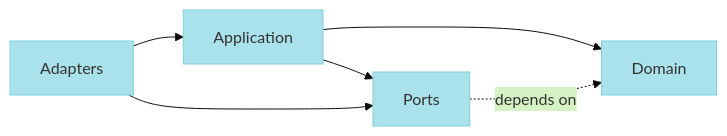
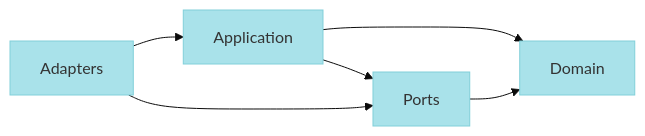
One commit to stricture-dev/stricture changed the second of 2 diagrams in packages/hexagonal/README.md. Above: the diagram before and after it, drawn with Mermaid.

Commit message:
Remove depends_on label

````diff
--- a/packages/hexagonal/README.md
+++ b/packages/hexagonal/README.md
@@ -377,9 +377,9 @@
 ```mermaid
 %%{init: {'theme':'base', 'themeVariables': { 'primaryColor':'hsl(187, 61%, 79%)','primaryBorderColor':'hsl(187, 54%, 68%)','secondaryColor':'hsl(100, 64%, 86%)','secondaryBorderColor':'hsl(100, 41%, 76%)','tertiaryColor':'hsl(182, 29%, 96%)','tertiaryBorderColor':'hsl(187, 54%, 68%)'}}}%%
 graph LR
     Adapters --> Application
     Application --> Domain
     Adapters --> Ports
     Application --> Ports
-    Ports -.depends on.-> Domain
+    Ports --> Domain
 ```
````
